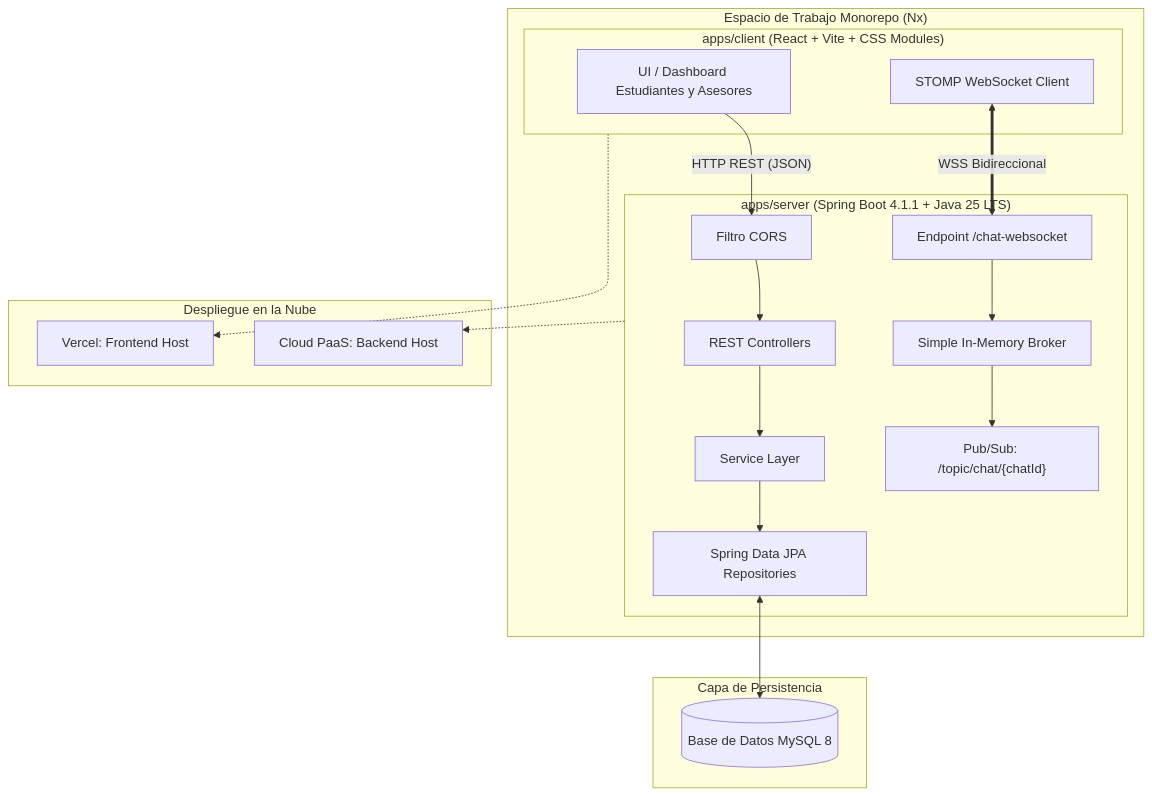
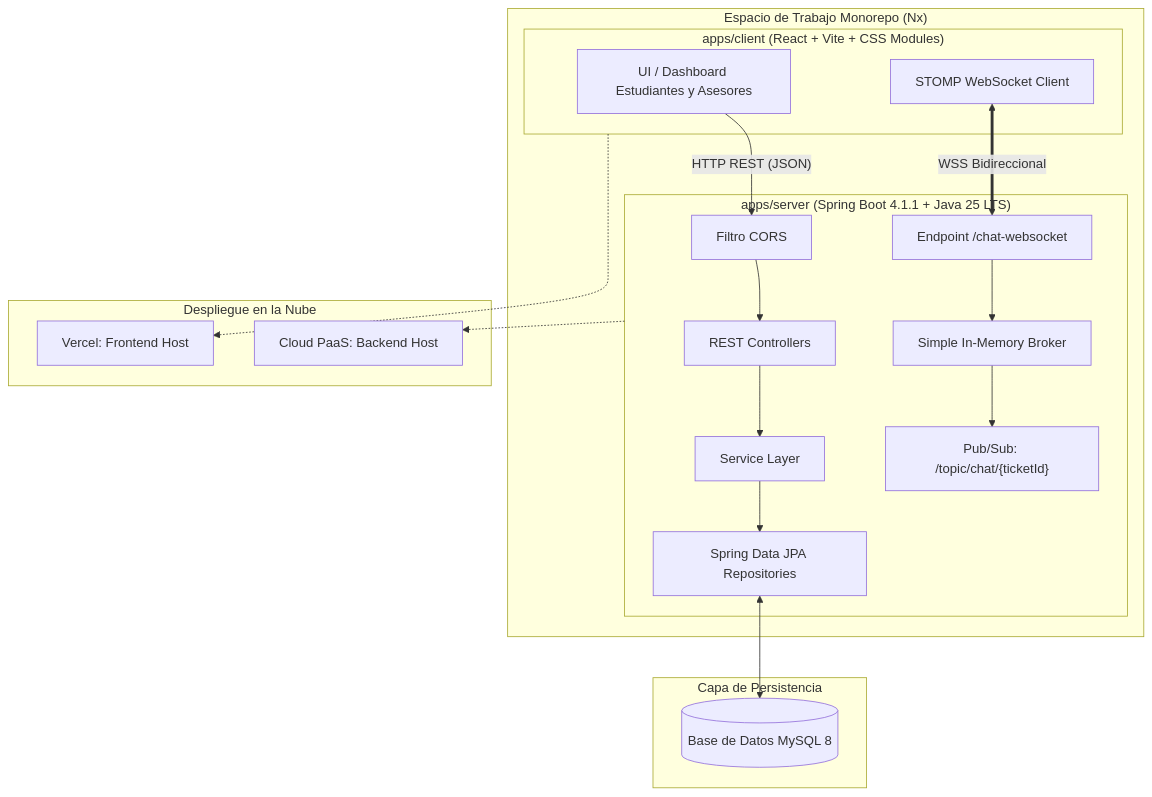
The diagram in README.md (CrhistianNinalaya/chat-asistencia-estudiante), drawn with Mermaid before and after one commit. The commit also changed other lines of this file and 9 other files, not shown here.

First line of the commit message:
feat(server): add cursor pagination and ticket isolation for chat messages

````diff
--- a/README.md
+++ b/README.md
@@ -32,35 +32,35 @@
 ```mermaid
 flowchart TD
     subgraph NxMonorepo["Espacio de Trabajo Monorepo (Nx)"]
         subgraph ClientApp["apps/client (React + Vite + CSS Modules)"]
             UI[UI / Dashboard Estudiantes y Asesores]
             WSClient[STOMP WebSocket Client]
         end
 
         subgraph ServerApp["apps/server (Spring Boot 4.1.1 + Java 25 LTS)"]
             CORS[Filtro CORS] --> REST[REST Controllers]
             REST --> Service[Service Layer]
             
             WS[Endpoint /chat-websocket] --> Broker[Simple In-Memory Broker]
-            Broker --> PubSub["Pub/Sub: /topic/chat/{chatId}"]
+            Broker --> PubSub["Pub/Sub: /topic/chat/{ticketId}"]
 
             Service --> Repos[Spring Data JPA Repositories]
         end
     end
 
     subgraph DataStore["Capa de Persistencia"]
         MySQL[(Base de Datos MySQL 8)]
     end
 
     subgraph CloudHosting["Despliegue en la Nube"]
         VercelCloud[Vercel: Frontend Host]
         BackendCloud[Cloud PaaS: Backend Host]
     end
 
     UI -- "HTTP REST (JSON)" --> CORS
     WSClient <== "WSS Bidireccional" ==> WS
     Repos <--> MySQL
 
     ClientApp -.-> VercelCloud
     ServerApp -.-> BackendCloud
 ```
````
